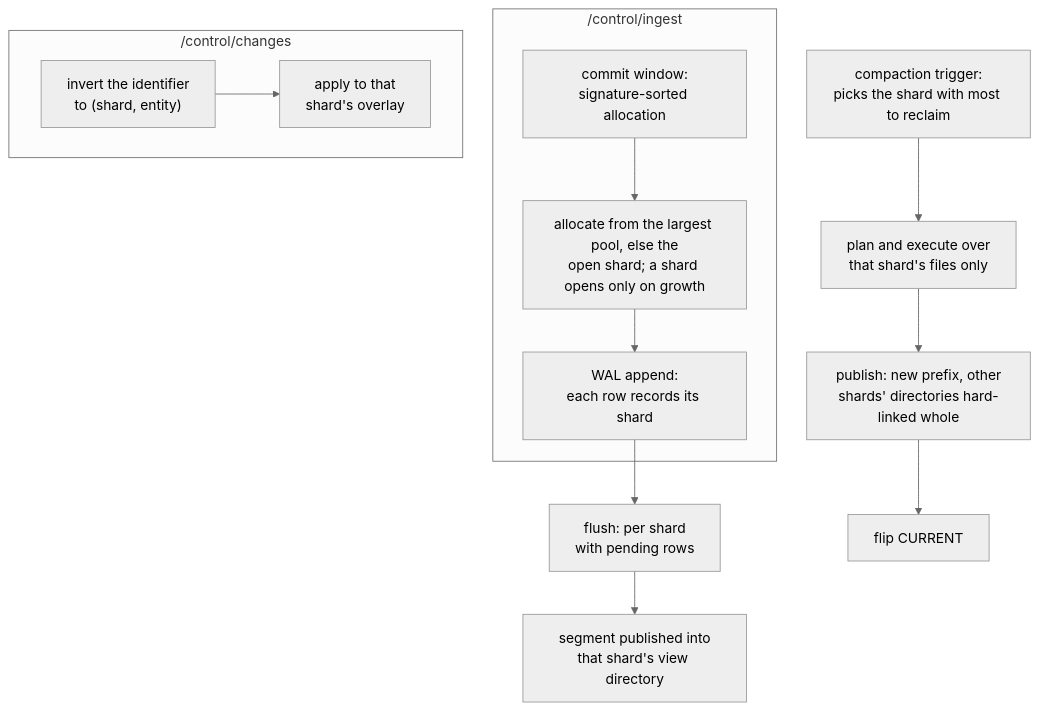
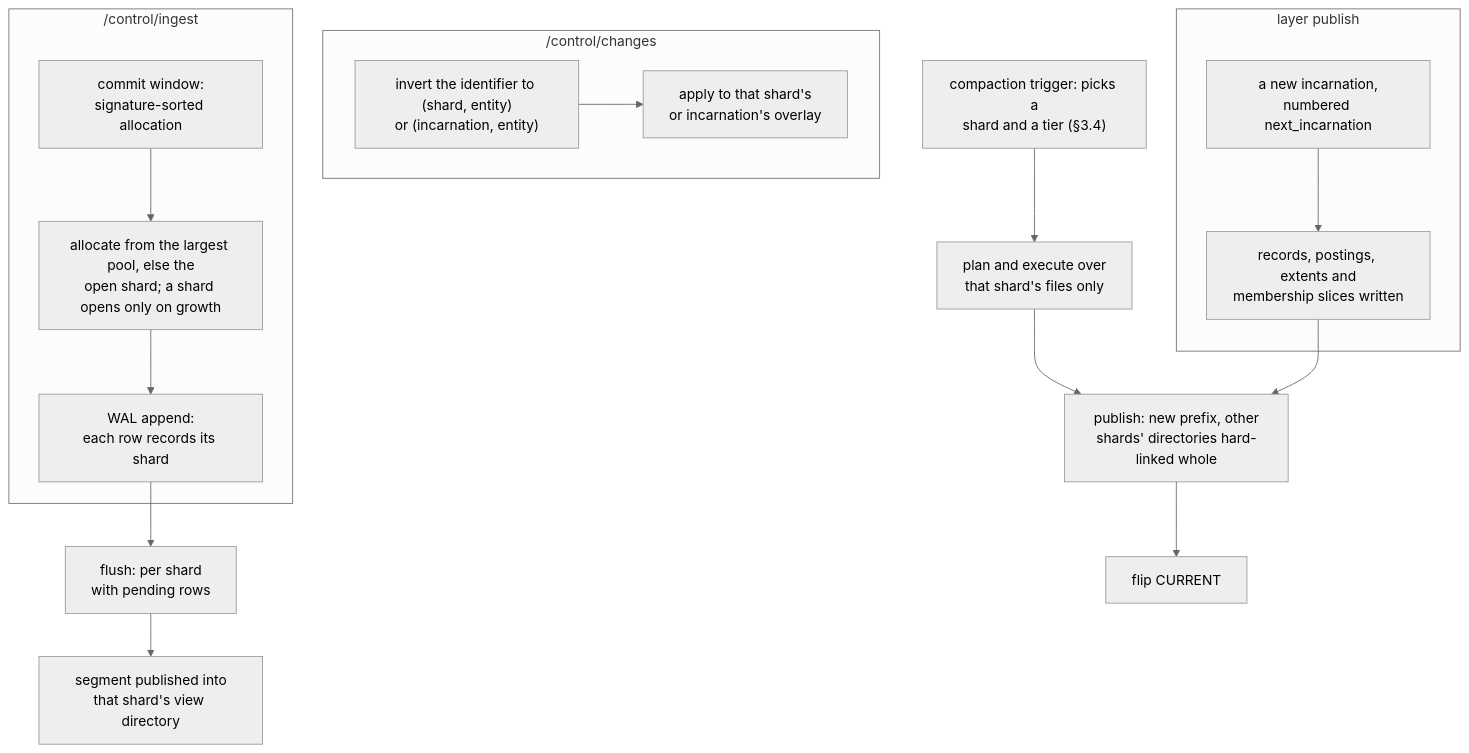
The fourth of 5 diagrams in docs/design/sharding.md (jennis0/tesseradb), drawn with Mermaid (neutral theme) before and after one commit. The commit also changed other lines of this file and 5 other files, not shown here.

````diff
--- a/docs/design/sharding.md
+++ b/docs/design/sharding.md
@@ -348,15 +409,19 @@
 ```mermaid
 flowchart TD
   subgraph W["/control/ingest"]
     A["commit window:<br/>signature-sorted allocation"] --> B["allocate from the largest pool, else the<br/>open shard; a shard opens only on growth"]
     B --> C["WAL append:<br/>each row records its shard"]
   end
   subgraph N["/control/changes"]
-    D["invert the identifier<br/>to (shard, entity)"] --> E["apply to that<br/>shard's overlay"]
+    D["invert the identifier to (shard, entity)<br/>or (incarnation, entity)"] --> E["apply to that shard's<br/>or incarnation's overlay"]
+  end
+  subgraph P["layer publish"]
+    M["a new incarnation,<br/>numbered next_incarnation"] --> Q["records, postings, extents and<br/>membership slices written"]
   end
   C --> F["flush: per shard<br/>with pending rows"]
   F --> G["segment published into<br/>that shard's view directory"]
-  H["compaction trigger:<br/>picks the shard with most to reclaim"] --> J["plan and execute over<br/>that shard's files only"]
+  H["compaction trigger: picks a<br/>shard and a tier (§3.4)"] --> J["plan and execute over<br/>that shard's files only"]
   J --> K["publish: new prefix, other<br/>shards' directories hard-linked whole"]
   K --> L[flip CURRENT]
+  Q --> K
 ```
````
